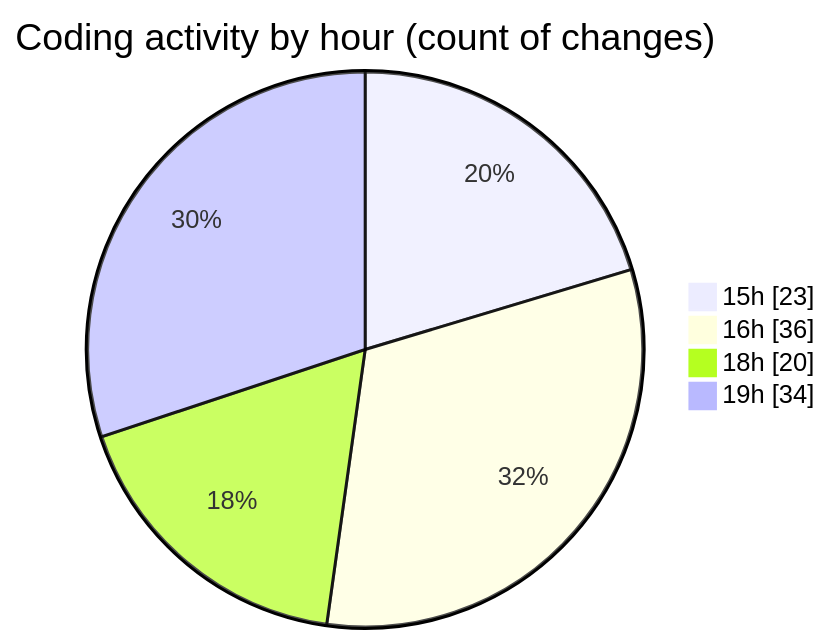
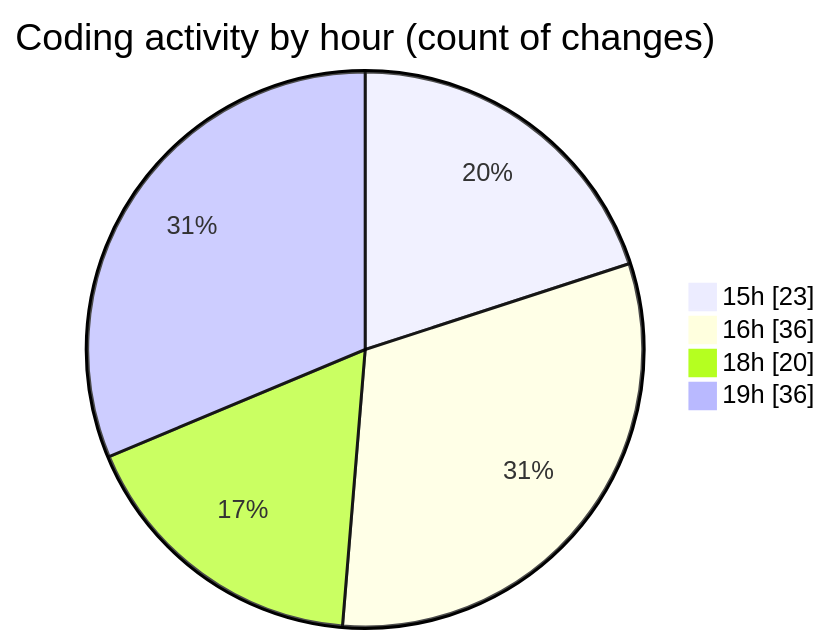
Before and after one commit to Netris89/code-tracking: the second of 2 diagrams in 2025-04-01/back-end/README.md, drawn with Mermaid. The commit also changed other lines of this file and 1 other file, not shown here.

````diff
--- a/2025-04-01/back-end/README.md
+++ b/2025-04-01/back-end/README.md
@@ -37,8 +37,8 @@
 ```mermaid
 pie showData
 title Coding activity by hour (count of changes)
 "15h" : 23
 "16h" : 36
 "18h" : 20
-"19h" : 34
+"19h" : 36
 ```
````
